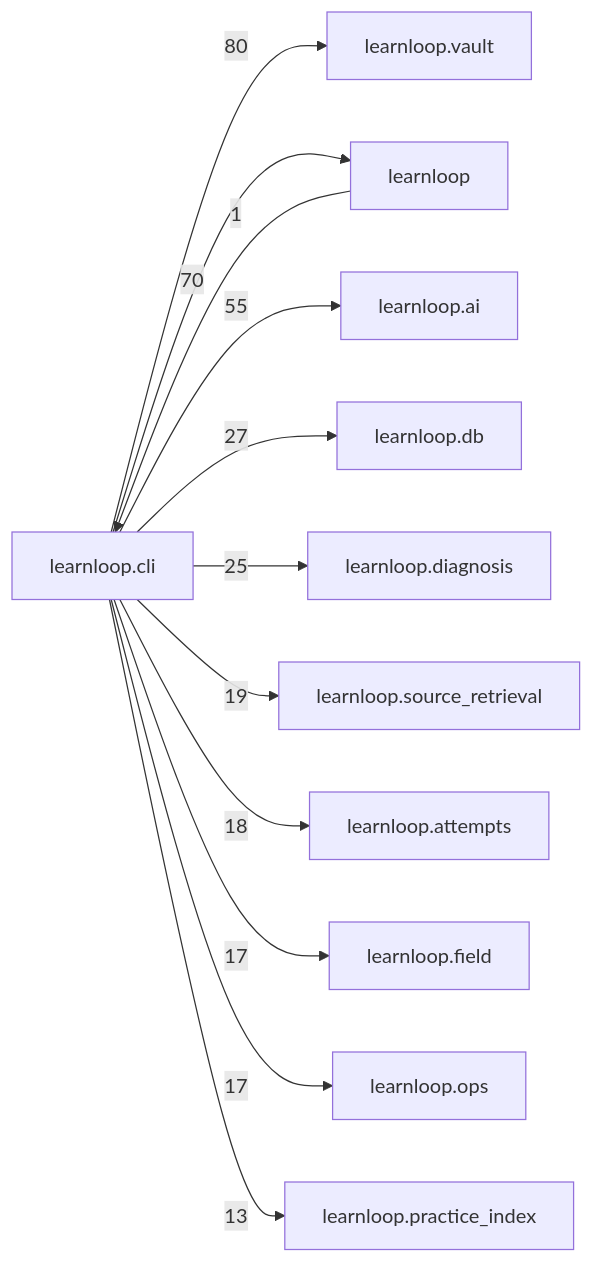
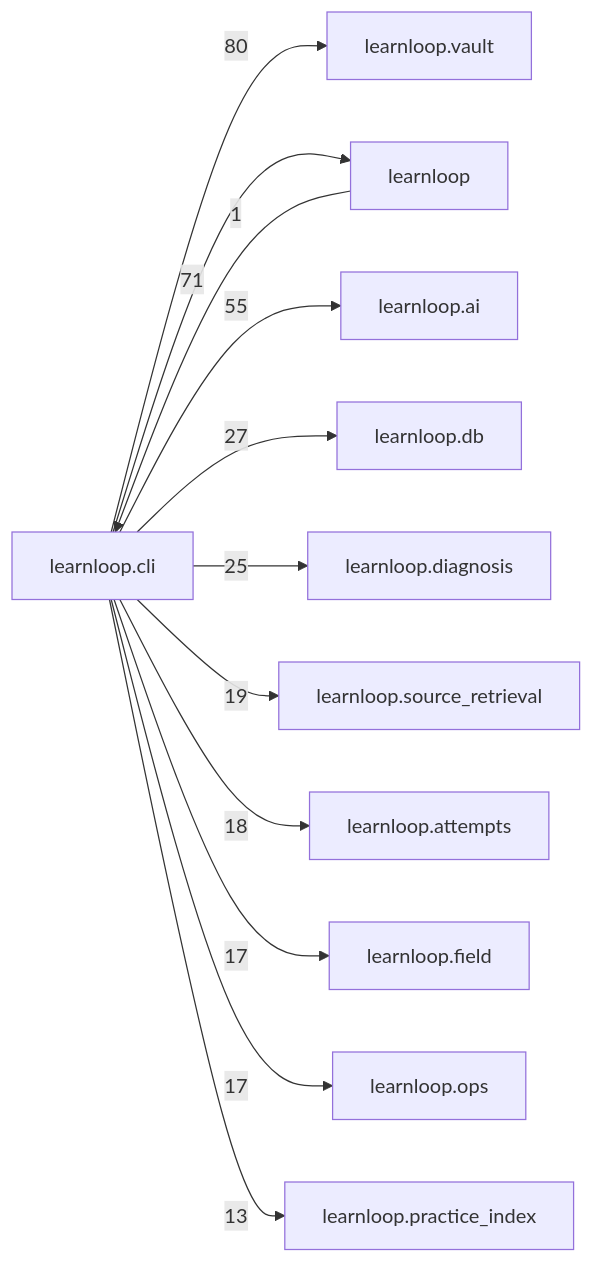
Before and after one commit to 6up-b/learnanything: the diagram in docs/learnloop-architecture-vault/Reference/Modules/learnloop/cli/_package.md, drawn with Mermaid. The commit also changed other lines of this file and 39 other files, not shown here.

````diff
--- a/docs/learnloop-architecture-vault/Reference/Modules/learnloop/cli/_package.md
+++ b/docs/learnloop-architecture-vault/Reference/Modules/learnloop/cli/_package.md
@@ -227,25 +227,25 @@
 ```mermaid
 flowchart LR
     center["learnloop.cli"]
     n_learnloop_vault["learnloop.vault"]
     n_learnloop["learnloop"]
     n_learnloop_ai["learnloop.ai"]
     n_learnloop_db["learnloop.db"]
     n_learnloop_diagnosis["learnloop.diagnosis"]
     n_learnloop_source_retrieval["learnloop.source_retrieval"]
     n_learnloop_attempts["learnloop.attempts"]
     n_learnloop_field["learnloop.field"]
     n_learnloop_ops["learnloop.ops"]
     n_learnloop_practice_index["learnloop.practice_index"]
     center -->|80| n_learnloop_vault
     n_learnloop -->|1| center
-    center -->|70| n_learnloop
+    center -->|71| n_learnloop
     center -->|55| n_learnloop_ai
     center -->|27| n_learnloop_db
     center -->|25| n_learnloop_diagnosis
     center -->|19| n_learnloop_source_retrieval
     center -->|18| n_learnloop_attempts
     center -->|17| n_learnloop_field
     center -->|17| n_learnloop_ops
     center -->|13| n_learnloop_practice_index
 ```
````
